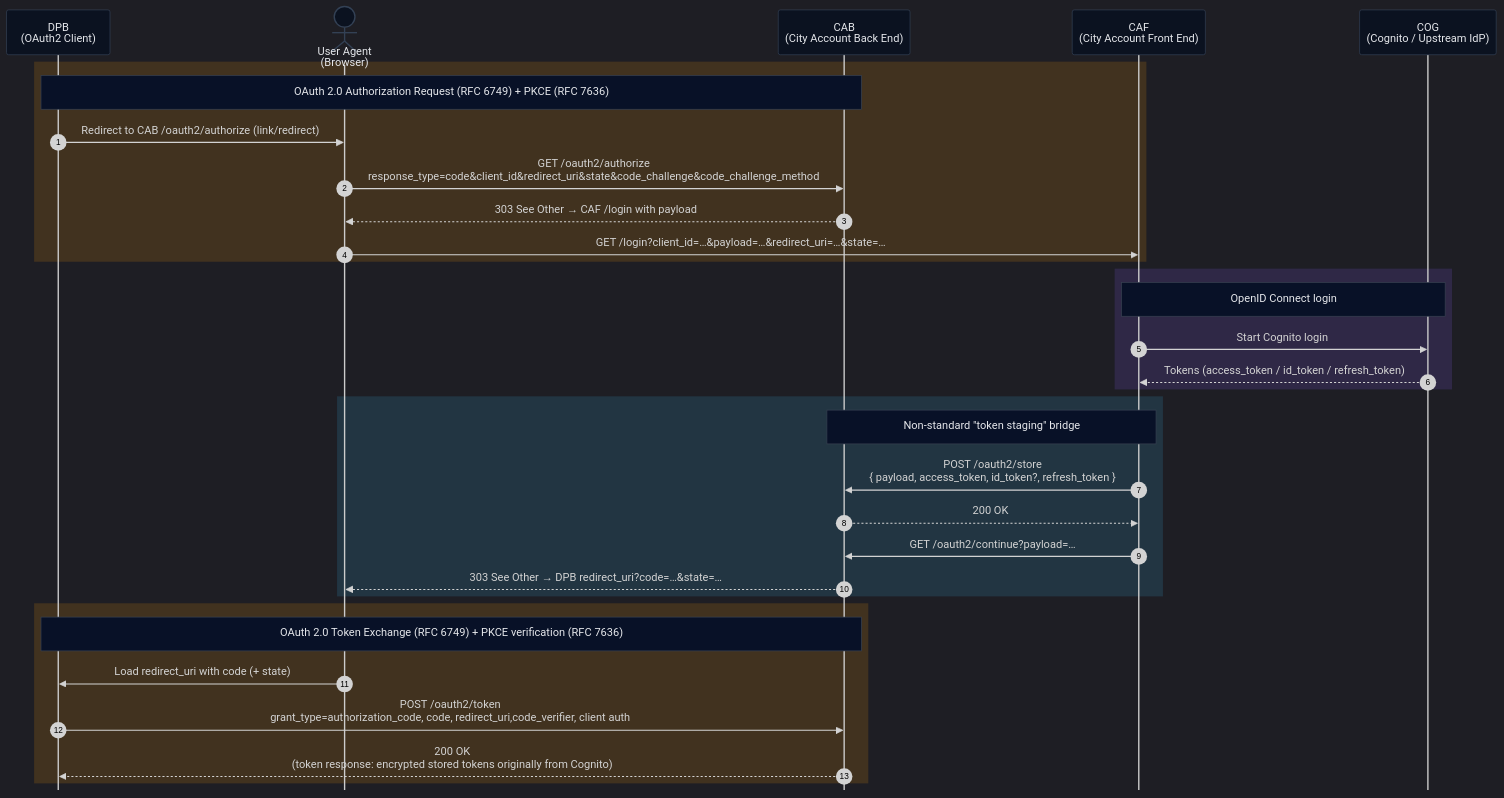
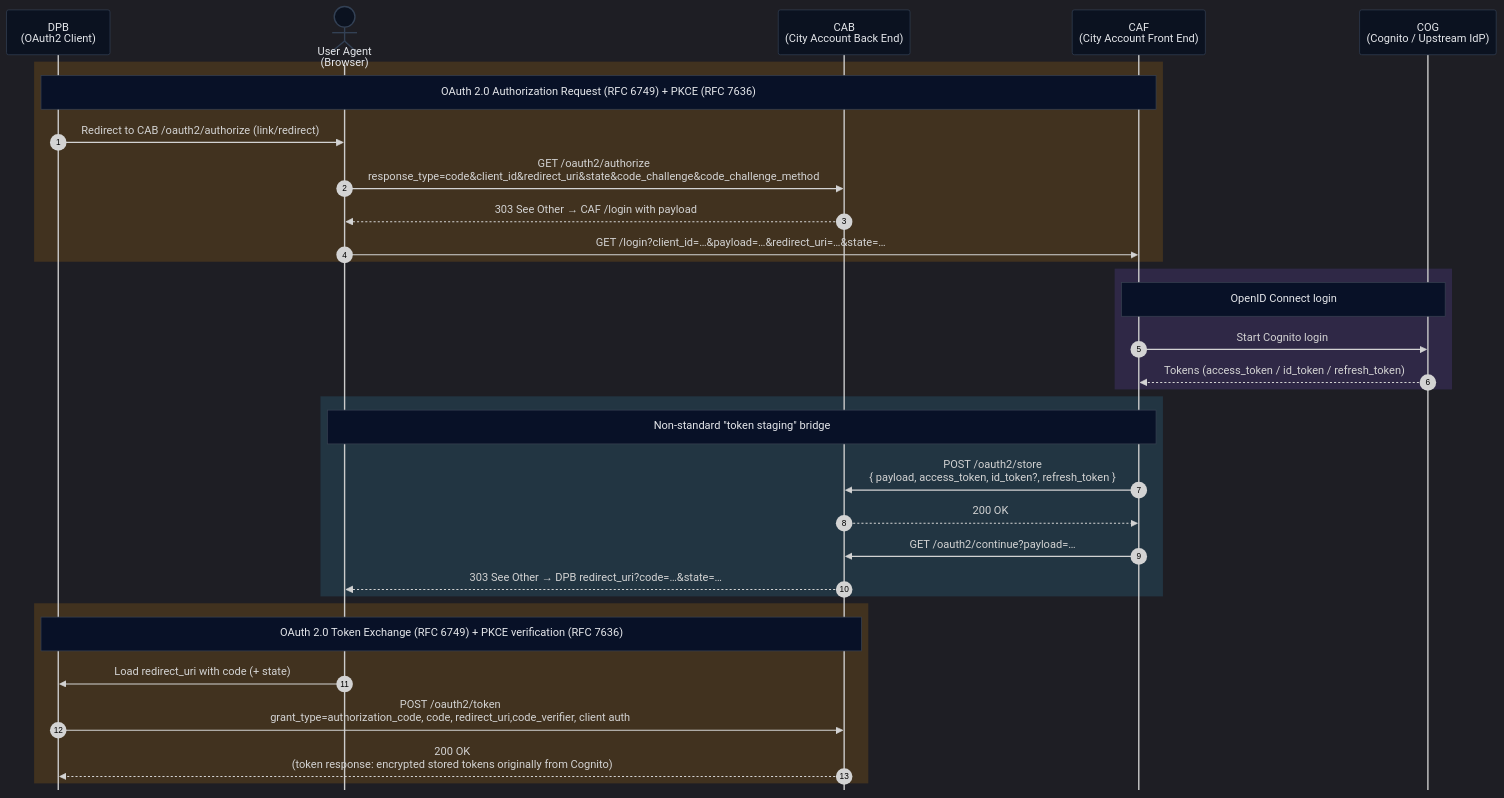
One commit to bratislava/konto.bratislava.sk changed the diagram in nest-city-account/src/oauth2/diagrams.md. Above: the diagram before and after it, drawn with Mermaid.

Commit message:
Fix sequence diagram notes in OAuth2 flow to correct participant references.

````diff
--- a/nest-city-account/src/oauth2/diagrams.md
+++ b/nest-city-account/src/oauth2/diagrams.md
@@ -1,58 +1,58 @@
 ```mermaid
 ---
 config:
   theme: 'dark'
   sequence:
     mirrorActors: false
     noteMargin: 15
     boxTextMargin: 5
   themeVariables:
     fontFamily: "Inter, Segoe UI, Roboto, Arial"
     noteBkgColor: "#081127"
     noteTextColor: "#E5E7EB"
     noteBorderColor: "#374151"
     # Actor styling
     actorBkg: "#0B1220"
     actorBorder: "#334155"
     actorTextColor: "#E5E7EB"
     # Lines/text
     lineColor: "#94A3B8"
     textColor: "#E5E7EB"
 ---
 sequenceDiagram
     autonumber
     participant DPB as DPB<br/>(OAuth2 Client)
     actor UA as User Agent<br/>(Browser)
     participant CAB as CAB<br/>(City Account Back End)
     participant CAF as CAF<br/>(City Account Front End)
     participant COG as COG<br/>(Cognito / Upstream IdP)
 
     rect rgba(245, 158, 11, 0.16)
-        Note over DPB, CAB: OAuth 2.0 Authorization Request (RFC 6749) + PKCE (RFC 7636)
+        Note over DPB, CAF: OAuth 2.0 Authorization Request (RFC 6749) + PKCE (RFC 7636)
         DPB ->> UA: Redirect to CAB /oauth2/authorize (link/redirect)
         UA ->> CAB: GET /oauth2/authorize<br/>response_type=code&client_id&redirect_uri&state&code_challenge&code_challenge_method
         CAB -->> UA: 303 See Other → CAF /login with payload
         UA ->> CAF: GET /login?client_id=…&payload=…&redirect_uri=…&state=…
     end
 
     rect rgba(139, 92, 246, 0.16)
         Note over CAF, COG: OpenID Connect login
         CAF ->> COG: Start Cognito login
         COG -->> CAF: Tokens (access_token / id_token / refresh_token)
     end
 
     rect rgba(56, 189, 248, 0.14)
-        Note over CAF, CAB: Non-standard "token staging" bridge
+        Note over UA, CAF: Non-standard "token staging" bridge
         CAF ->> CAB: POST /oauth2/store<br/>{ payload, access_token, id_token?, refresh_token }
         CAB -->> CAF: 200 OK
         CAF ->> CAB: GET /oauth2/continue?payload=…
         CAB -->> UA: 303 See Other → DPB redirect_uri?code=…&state=…
     end
 
     rect rgba(245, 158, 11, 0.16)
         Note over DPB, CAB: OAuth 2.0 Token Exchange (RFC 6749) + PKCE verification (RFC 7636)
         UA ->> DPB: Load redirect_uri with code (+ state)
         DPB ->> CAB: POST /oauth2/token<br/>grant_type=authorization_code, code, redirect_uri,code_verifier, client auth
         CAB -->> DPB: 200 OK<br/>(token response: encrypted stored tokens originally from Cognito)
     end
 ```
````
